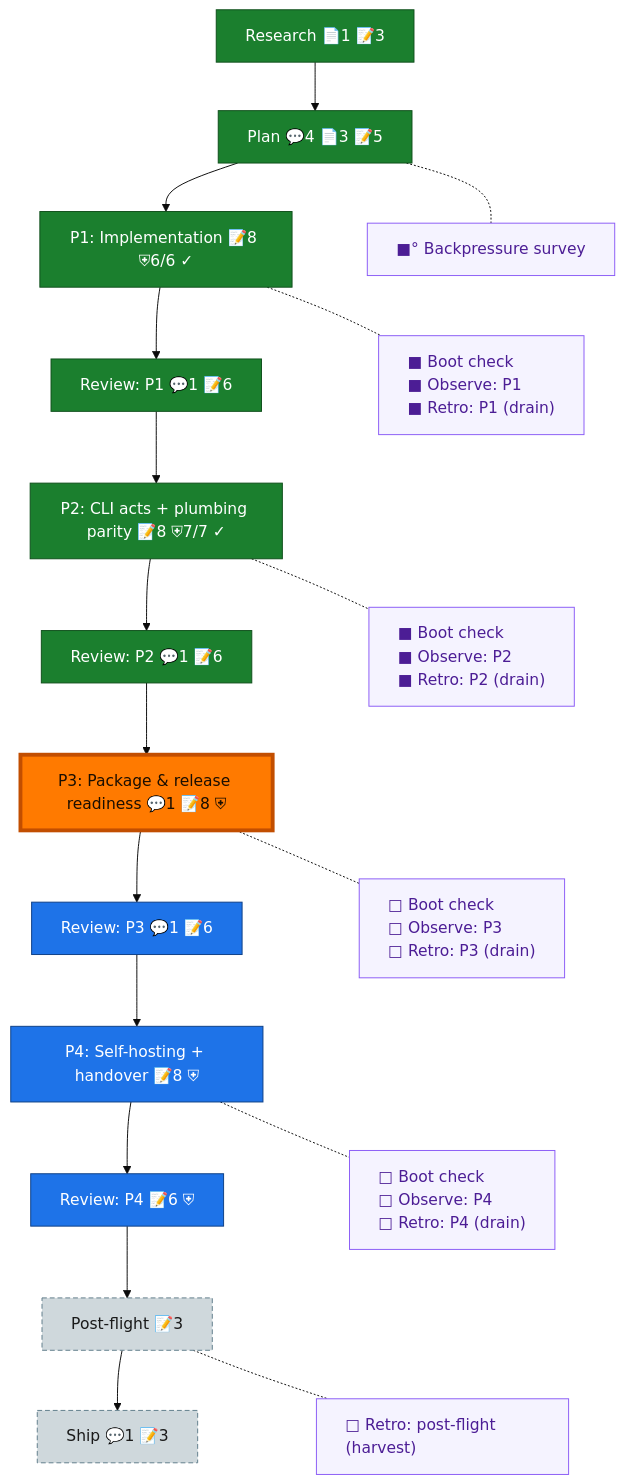
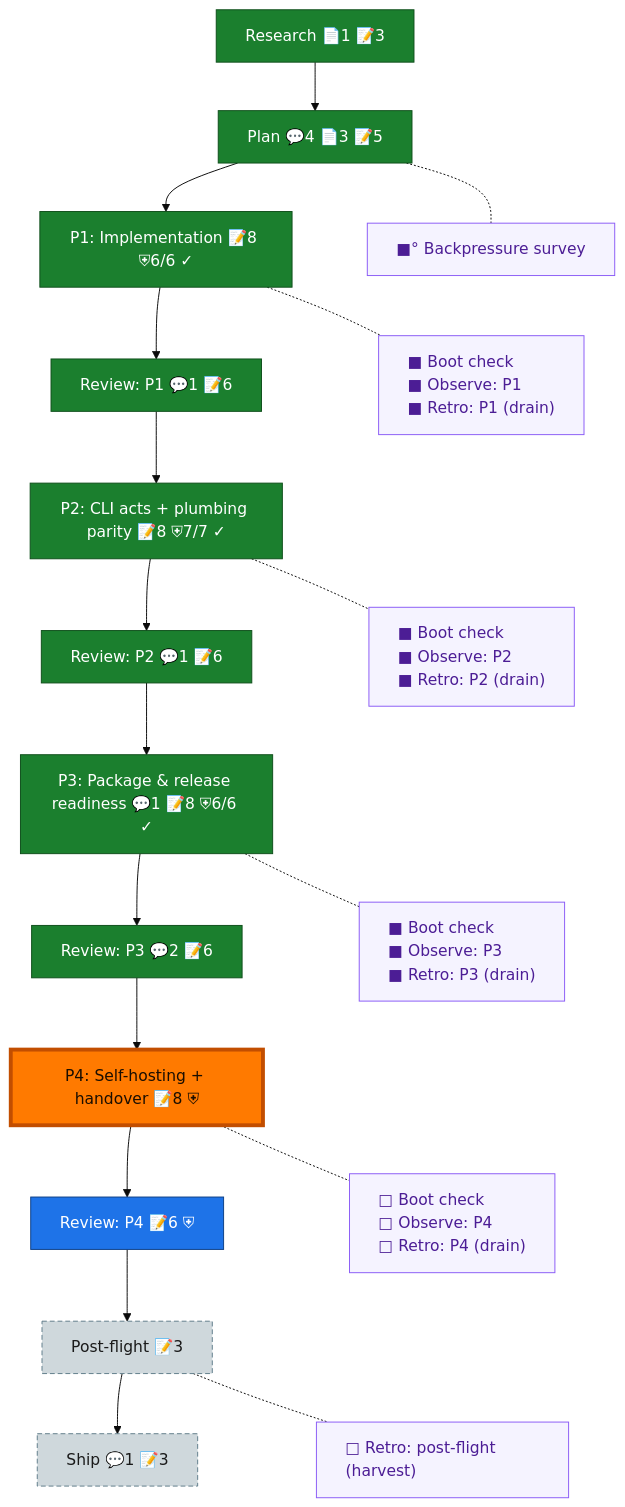
Before and after one commit to AI-Substrate/dd: the diagram in docs/plans/001-dd-extraction/the-flow.md, drawn with Mermaid (base theme). The commit also changed other lines of this file and 8 other files, not shown here.

````diff
--- a/docs/plans/001-dd-extraction/the-flow.md
+++ b/docs/plans/001-dd-extraction/the-flow.md
@@ -8,43 +8,42 @@
 ```mermaid
 flowchart TD
     research["Research 📄1 📝3"]:::done
     plan["Plan 💬4 📄3 📝5"]:::done
     phase_1["P1: Implementation 📝8 ⛨6/6 ✓"]:::done
     review_1["Review: P1 💬1 📝6"]:::done
     phase_2["P2: CLI acts + plumbing parity 📝8 ⛨7/7 ✓"]:::done
     review_2["Review: P2 💬1 📝6"]:::done
-    phase_3["P3: Package & release readiness 💬1 📝8 ⛨"]:::wip
-    review_3["Review: P3 💬1 📝6"]:::known
+    phase_3["P3: Package & release readiness 💬1 📝8 ⛨6/6 ✓"]:::done
+    review_3["Review: P3 💬2 📝6"]:::done
     phase_4["P4: Self-hosting + handover 📝8 ⛨"]:::known
     review_4["Review: P4 📝6 ⛨"]:::known
     post_flight["Post-flight 📝3"]:::assumed
     ship["Ship 💬1 📝3"]:::assumed
 
     research --> plan --> phase_1 --> review_1 --> phase_2 --> review_2 --> phase_3 --> review_3 --> phase_4 --> review_4 --> post_flight --> ship
 
     planC["■° Backpressure survey"]:::chore
     phase_1C["■ Boot check<br/>■ Observe: P1<br/>■ Retro: P1 (drain)"]:::chore
     phase_2C["■ Boot check<br/>■ Observe: P2<br/>■ Retro: P2 (drain)"]:::chore
-    phase_3C["□ Boot check<br/>□ Observe: P3<br/>□ Retro: P3 (drain)"]:::chore
+    phase_3C["■ Boot check<br/>■ Observe: P3<br/>■ Retro: P3 (drain)"]:::chore
     phase_4C["□ Boot check<br/>□ Observe: P4<br/>□ Retro: P4 (drain)"]:::chore
     post_flightC["□ Retro: post-flight (harvest)"]:::chore
 
     %% invisible chain holds the gutter boxes in their own column
     planC ~~~ phase_1C ~~~ phase_2C ~~~ phase_3C ~~~ phase_4C ~~~ post_flightC
 
     %% dotted links pull each gutter box beside its node
     plan -.- planC
     phase_1 -.- phase_1C
     phase_2 -.- phase_2C
     phase_3 -.- phase_3C
     phase_4 -.- phase_4C
     post_flight -.- post_flightC
 
     classDef done fill:#1B7F2E,stroke:#0F4F1B,color:#fff;
-    classDef wip fill:#43C04A,stroke:#1B7F2E,color:#04210A;
     classDef known fill:#1E73E8,stroke:#0D3F86,color:#fff;
     classDef assumed fill:#CFD8DC,stroke:#607D8B,color:#1a1a1a,stroke-dasharray:5 3;
     classDef chore fill:#f5f3ff,stroke:#8b5cf6,color:#4c1d95,text-align:left;
     classDef current fill:#FF7A00,stroke:#C24E00,color:#1a0e00,stroke-width:4px;
-    class phase_3 current;
+    class phase_4 current;
 ```
````
